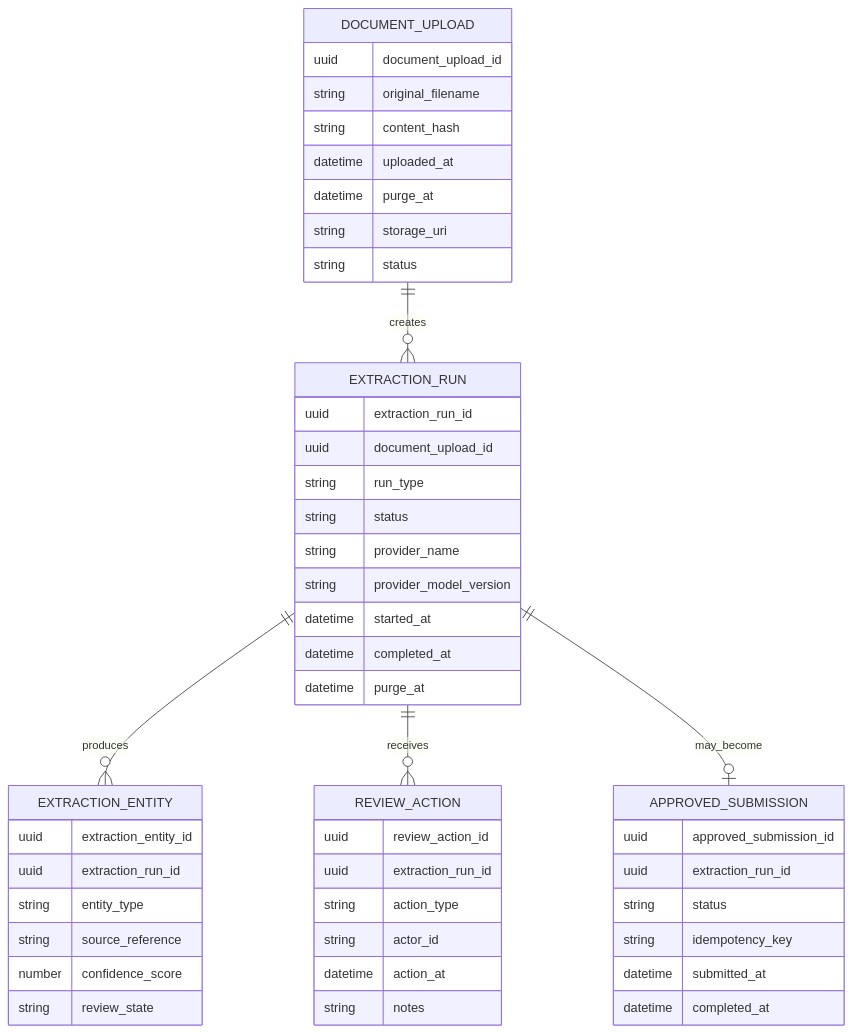
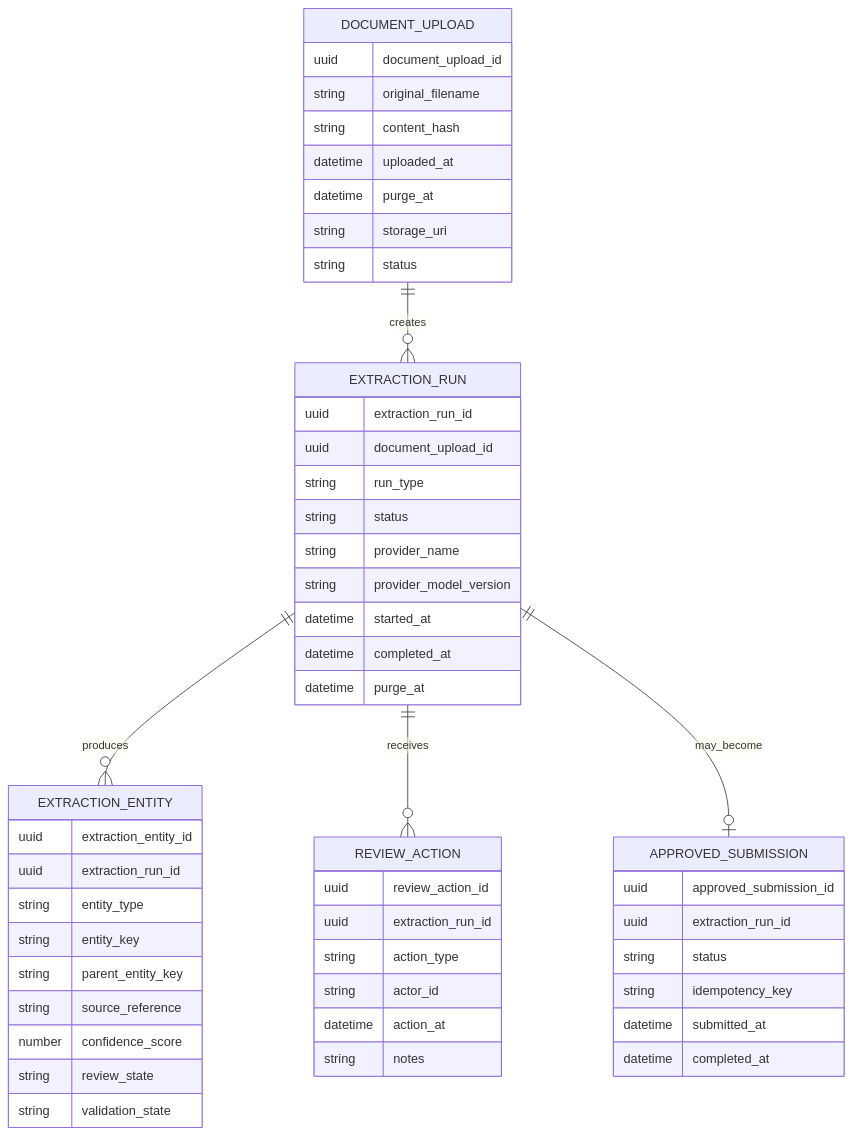
The fourth of 6 diagrams in docs/artifacts/specs/SPEC-1.md (ranjivs64/QualsDemo), drawn with Mermaid before and after one commit. The commit also changed other lines of this file and 19 other files, not shown here.

````diff
--- a/docs/artifacts/specs/SPEC-1.md
+++ b/docs/artifacts/specs/SPEC-1.md
@@ -400,56 +427,59 @@
 ```mermaid
 erDiagram
     DOCUMENT_UPLOAD ||--o{ EXTRACTION_RUN : creates
     EXTRACTION_RUN ||--o{ EXTRACTION_ENTITY : produces
     EXTRACTION_RUN ||--o{ REVIEW_ACTION : receives
     EXTRACTION_RUN ||--o| APPROVED_SUBMISSION : may_become
 
     DOCUMENT_UPLOAD {
         uuid document_upload_id
         string original_filename
         string content_hash
         datetime uploaded_at
         datetime purge_at
         string storage_uri
         string status
     }
 
     EXTRACTION_RUN {
         uuid extraction_run_id
         uuid document_upload_id
         string run_type
         string status
         string provider_name
         string provider_model_version
         datetime started_at
         datetime completed_at
         datetime purge_at
     }
 
     EXTRACTION_ENTITY {
         uuid extraction_entity_id
         uuid extraction_run_id
         string entity_type
+        string entity_key
+        string parent_entity_key
         string source_reference
         number confidence_score
         string review_state
+        string validation_state
     }
 
     REVIEW_ACTION {
         uuid review_action_id
         uuid extraction_run_id
         string action_type
         string actor_id
         datetime action_at
         string notes
     }
 
     APPROVED_SUBMISSION {
         uuid approved_submission_id
         uuid extraction_run_id
         string status
         string idempotency_key
         datetime submitted_at
         datetime completed_at
     }
 ```
````
